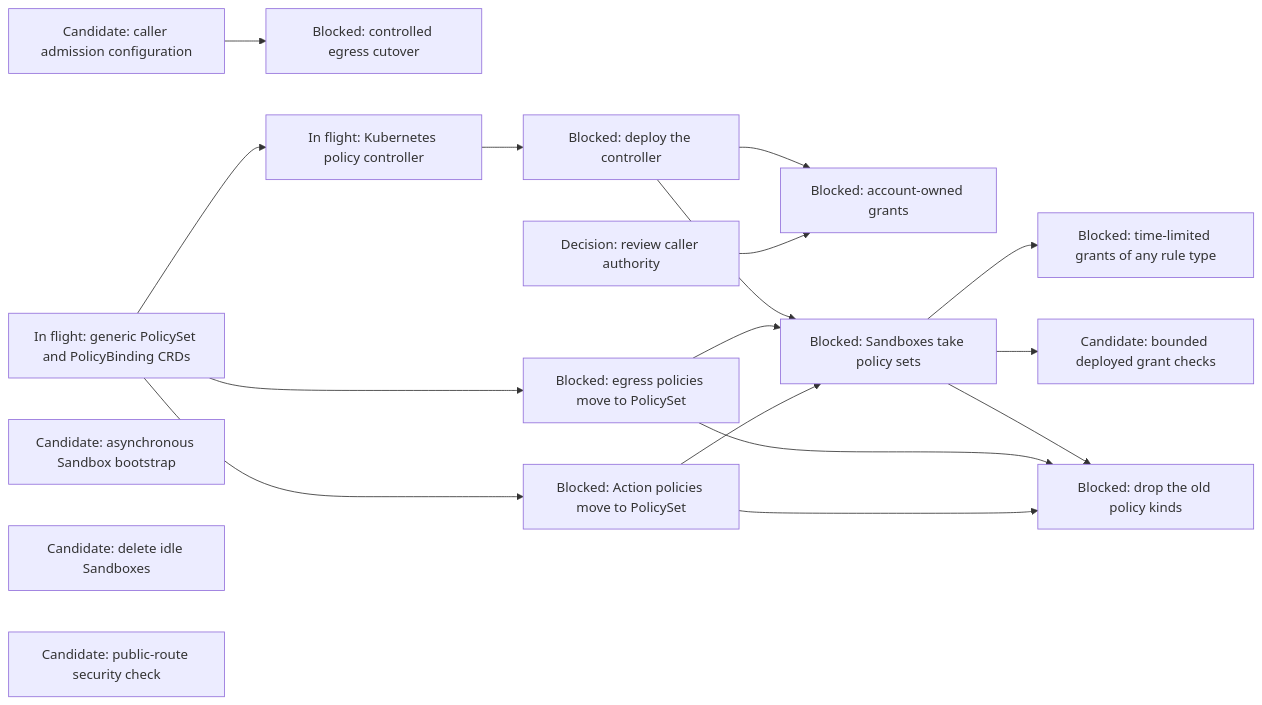
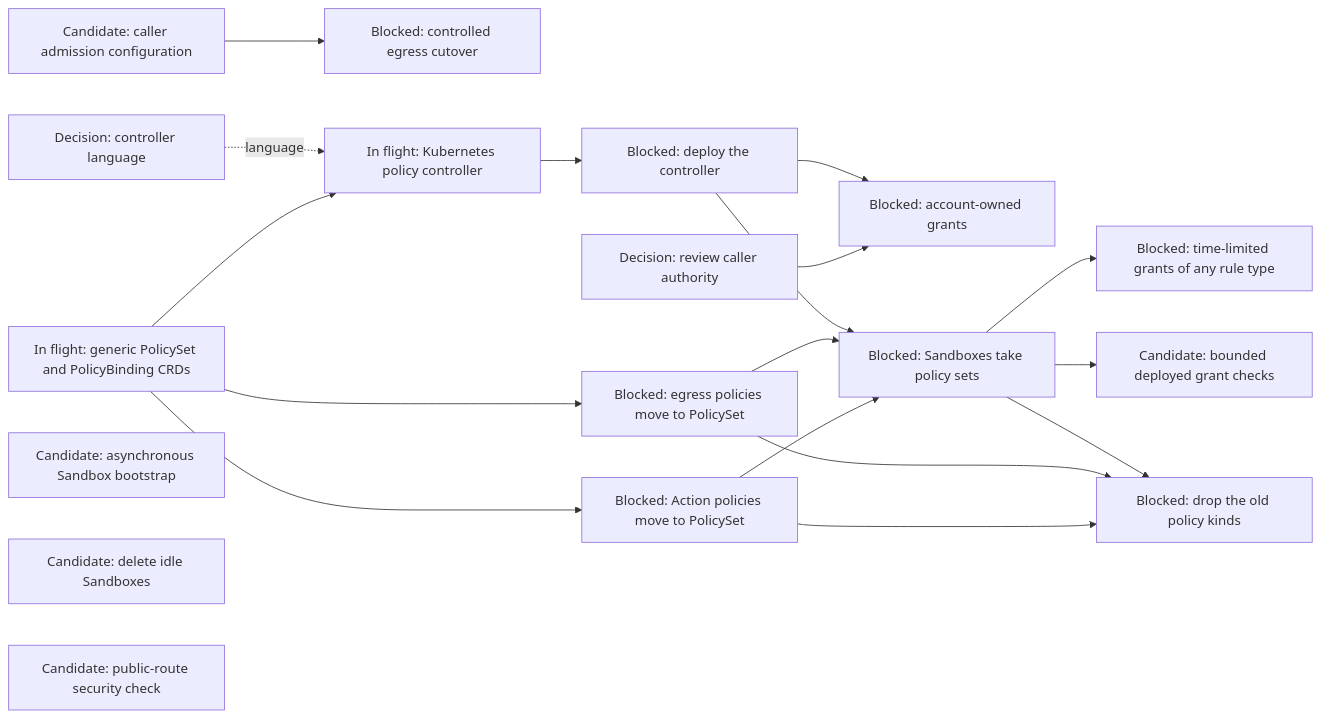
The eighth of 14 diagrams in agentplane/plans/task_dag.md (agentydragon-agent/ducktape), drawn with Mermaid before and after one commit. The commit also changed other lines of this file, not shown here.

````diff
--- a/agentplane/plans/task_dag.md
+++ b/agentplane/plans/task_dag.md
@@ -463,22 +472,23 @@
 ```mermaid
 flowchart LR
     PC_EGRESS_CREDENTIALS[Candidate: caller admission configuration] --> PC_EGRESS[Blocked: controlled egress cutover]
     CLAUDE_AI_SA[Decision: review caller authority] --> MANAGED_SA_RBAC[Blocked: account-owned grants]
     POLICY_CRDS[In flight: generic PolicySet and PolicyBinding CRDs] --> K8S_POLICY_CONTROLLER[In flight: Kubernetes policy controller]
+    K8S_POLICY_CONTROLLER_LANGUAGE[Decision: controller language] -. language .-> K8S_POLICY_CONTROLLER
     POLICY_CRDS --> ACTION_POLICY_MIGRATE[Blocked: Action policies move to PolicySet]
     POLICY_CRDS --> EGRESS_POLICY_MIGRATE[Blocked: egress policies move to PolicySet]
     ACTION_POLICY_MIGRATE --> OLD_POLICY_KINDS_DROP[Blocked: drop the old policy kinds]
     EGRESS_POLICY_MIGRATE --> OLD_POLICY_KINDS_DROP
     ACTION_POLICY_MIGRATE --> POLICY_SANDBOX_CUTOVER
     EGRESS_POLICY_MIGRATE --> POLICY_SANDBOX_CUTOVER
     K8S_POLICY_CONTROLLER --> K8S_POLICY_DEPLOY[Blocked: deploy the controller]
     K8S_POLICY_DEPLOY --> POLICY_SANDBOX_CUTOVER[Blocked: Sandboxes take policy sets]
     POLICY_SANDBOX_CUTOVER --> POLICY_RUNTIME_GRANTS[Blocked: time-limited grants of any rule type]
     K8S_POLICY_DEPLOY --> MANAGED_SA_RBAC
     POLICY_SANDBOX_CUTOVER --> SANDBOX_RBAC
     POLICY_SANDBOX_CUTOVER --> OLD_POLICY_KINDS_DROP
     BOOTSTRAP_PROGRESS_CONTRACT[Candidate: asynchronous Sandbox bootstrap]
     SANDBOX_IDLE_EXPIRY[Candidate: delete idle Sandboxes]
     SANDBOX_RBAC[Candidate: bounded deployed grant checks]
     NOTIFICATION_INGRESS_BOUNDARY[Candidate: public-route security check]
 ```
````
